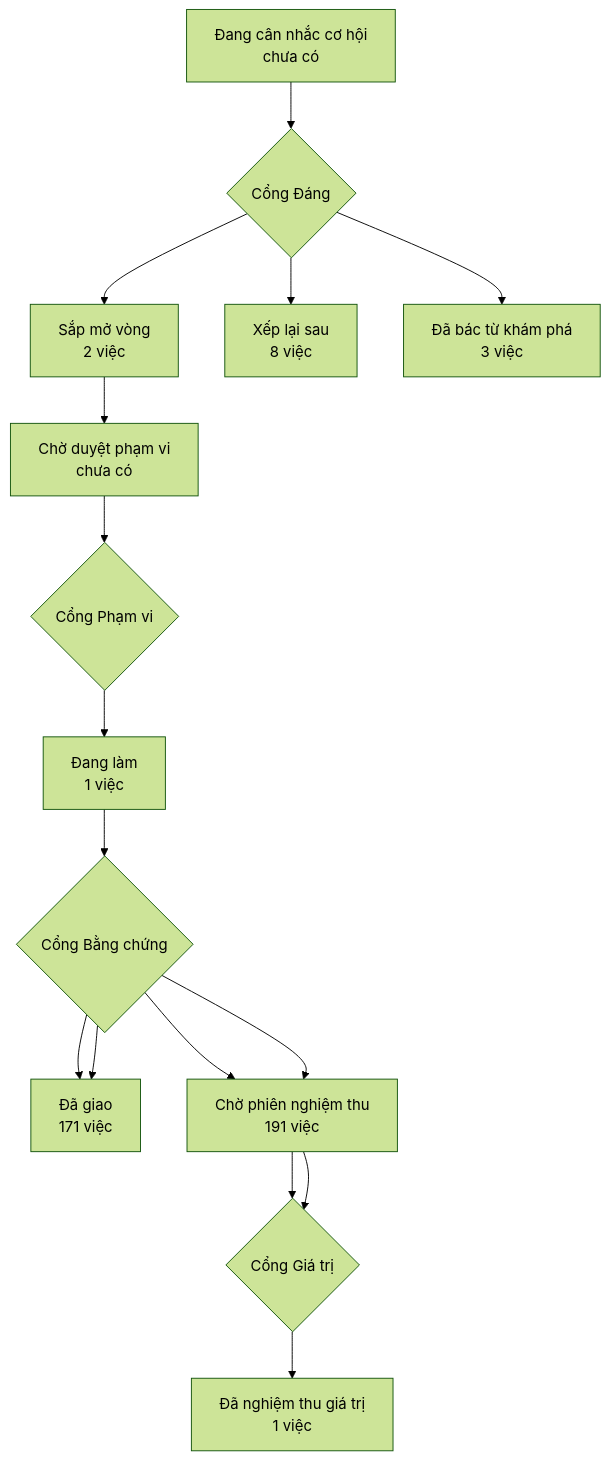
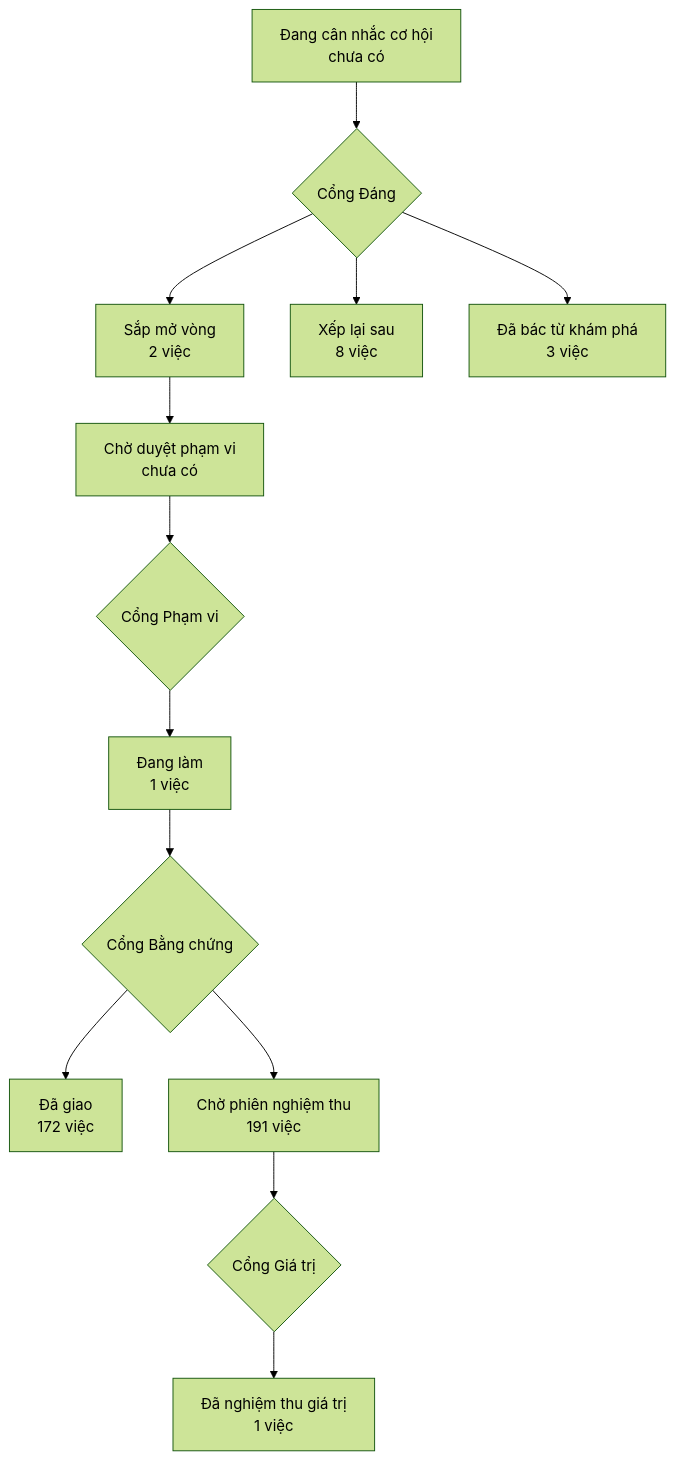
One commit to phanlemanh/crm-onehub changed the diagram in PRODUCT-MAP.md. Above: the diagram before and after it, drawn with Mermaid (forest theme). The commit also changed 1 other file, not shown here.

Commit message:
chore(rang-khung-trang-mo): vẽ lại bản đồ sau khi gộp onehub a75ac5d80

````diff
--- a/PRODUCT-MAP.md
+++ b/PRODUCT-MAP.md
@@ -7,14 +7,12 @@
 ```mermaid
 flowchart TD
   A["Đang cân nhắc cơ hội<br/>chưa có"] --> GD{"Cổng Đáng"}
   GD --> B["Sắp mở vòng<br/>2 việc"]
   GD --> XL["Xếp lại sau<br/>8 việc"]
   GD --> DB["Đã bác từ khám phá<br/>3 việc"]
   B --> CD["Chờ duyệt phạm vi<br/>chưa có"] --> GP{"Cổng Phạm vi"}
   GP --> DL["Đang làm<br/>1 việc"] --> GB{"Cổng Bằng chứng"}
   GB --> DG["Đã giao<br/>172 việc"]
-  GB --> CN["Chờ phiên nghiệm thu<br/>190 việc"] --> GG{"Cổng Giá trị"}
-  GB --> DG["Đã giao<br/>171 việc"]
   GB --> CN["Chờ phiên nghiệm thu<br/>191 việc"] --> GG{"Cổng Giá trị"}
   GG --> NT["Đã nghiệm thu giá trị<br/>1 việc"]
 ```
````
